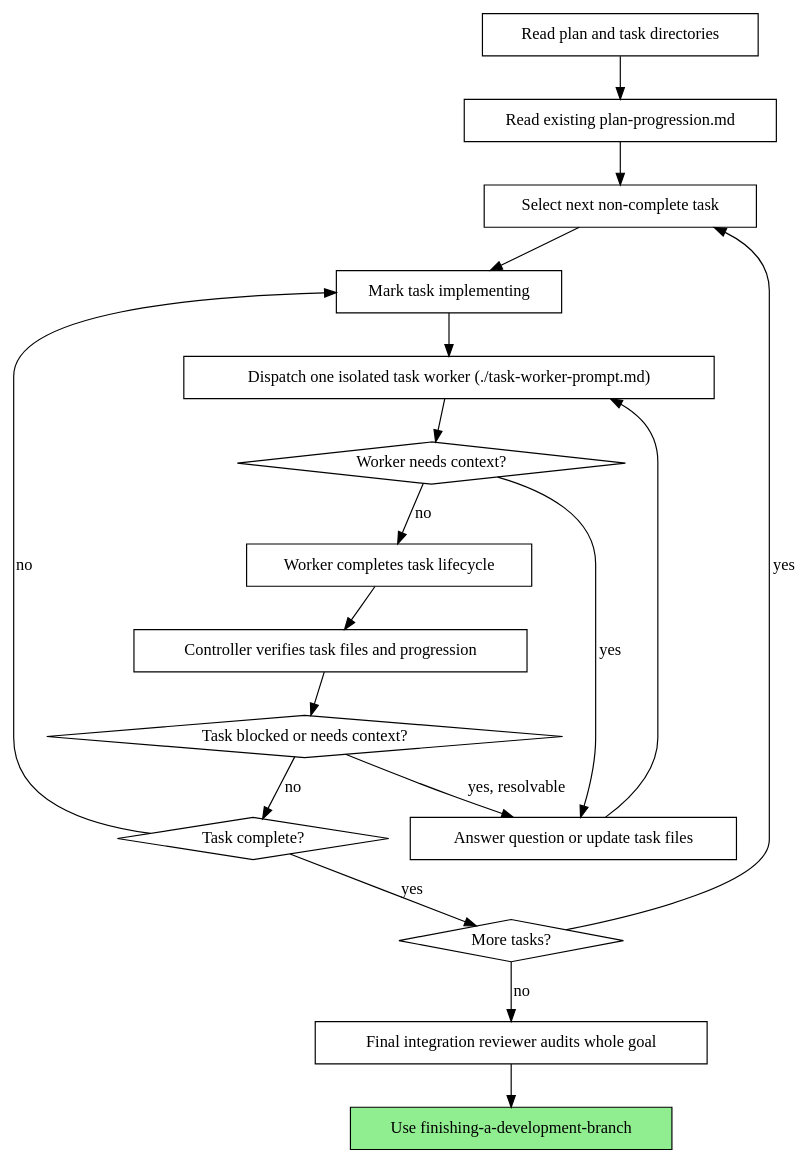
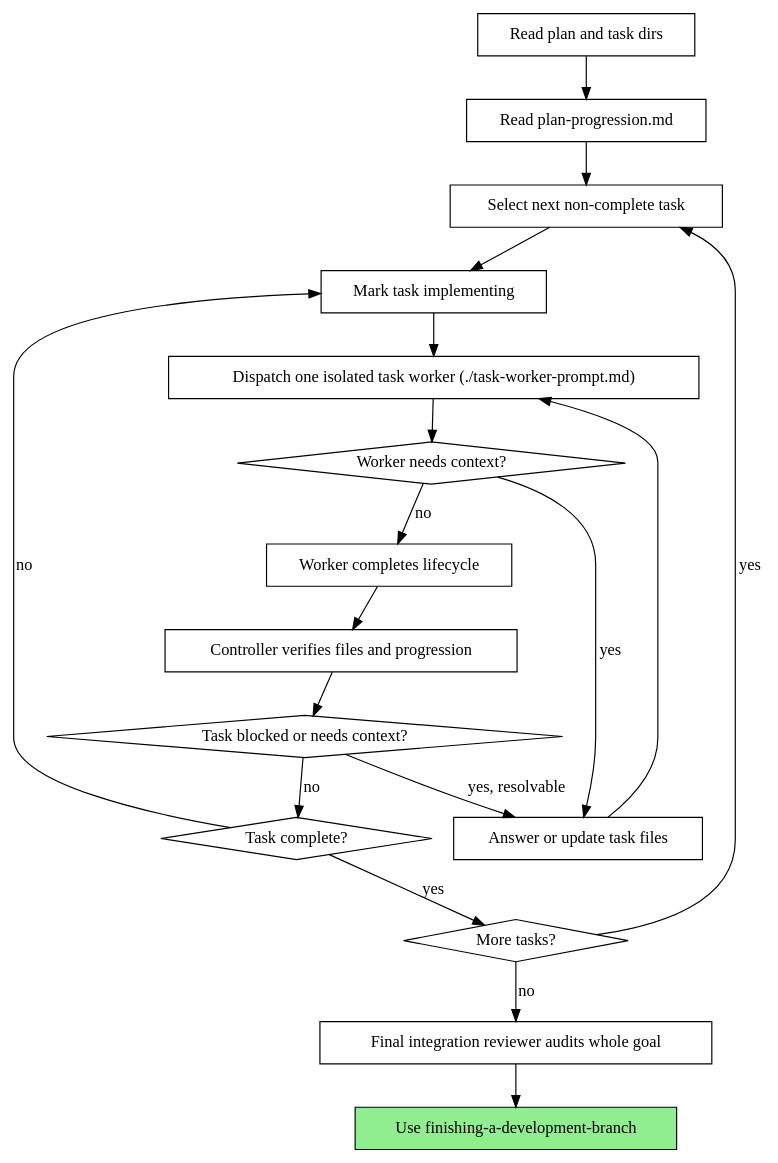
Before and after one commit to GoldeneyeZ/superfastpowers: the diagram in skills/goal-driven-development/SKILL.md, drawn with Graphviz. The commit also changed other lines of this file and 4 other files, not shown here.

````diff
--- a/skills/goal-driven-development/SKILL.md
+++ b/skills/goal-driven-development/SKILL.md
@@ -119,38 +119,38 @@
 ```dot
 digraph process {
     rankdir=TB;
 
-    "Read plan and task directories" [shape=box];
-    "Read existing plan-progression.md" [shape=box];
+    "Read plan and task dirs" [shape=box];
+    "Read plan-progression.md" [shape=box];
     "Select next non-complete task" [shape=box];
     "Mark task implementing" [shape=box];
     "Dispatch one isolated task worker (./task-worker-prompt.md)" [shape=box];
     "Worker needs context?" [shape=diamond];
-    "Answer question or update task files" [shape=box];
-    "Worker completes task lifecycle" [shape=box];
-    "Controller verifies task files and progression" [shape=box];
+    "Answer or update task files" [shape=box];
+    "Worker completes lifecycle" [shape=box];
+    "Controller verifies files and progression" [shape=box];
     "Task blocked or needs context?" [shape=diamond];
     "Task complete?" [shape=diamond];
     "More tasks?" [shape=diamond];
     "Final integration reviewer audits whole goal" [shape=box];
     "Use finishing-a-development-branch" [shape=box style=filled fillcolor=lightgreen];
 
-    "Read plan and task directories" -> "Read existing plan-progression.md";
-    "Read existing plan-progression.md" -> "Select next non-complete task";
+    "Read plan and task dirs" -> "Read plan-progression.md";
+    "Read plan-progression.md" -> "Select next non-complete task";
     "Select next non-complete task" -> "Mark task implementing";
     "Mark task implementing" -> "Dispatch one isolated task worker (./task-worker-prompt.md)";
     "Dispatch one isolated task worker (./task-worker-prompt.md)" -> "Worker needs context?";
-    "Worker needs context?" -> "Answer question or update task files" [label="yes"];
-    "Answer question or update task files" -> "Dispatch one isolated task worker (./task-worker-prompt.md)";
-    "Worker needs context?" -> "Worker completes task lifecycle" [label="no"];
-    "Worker completes task lifecycle" -> "Controller verifies task files and progression";
-    "Controller verifies task files and progression" -> "Task blocked or needs context?";
-    "Task blocked or needs context?" -> "Answer question or update task files" [label="yes, resolvable"];
+    "Worker needs context?" -> "Answer or update task files" [label="yes"];
+    "Answer or update task files" -> "Dispatch one isolated task worker (./task-worker-prompt.md)";
+    "Worker needs context?" -> "Worker completes lifecycle" [label="no"];
+    "Worker completes lifecycle" -> "Controller verifies files and progression";
+    "Controller verifies files and progression" -> "Task blocked or needs context?";
+    "Task blocked or needs context?" -> "Answer or update task files" [label="yes, resolvable"];
     "Task blocked or needs context?" -> "Task complete?" [label="no"];
     "Task complete?" -> "Mark task implementing" [label="no"];
     "Task complete?" -> "More tasks?" [label="yes"];
     "More tasks?" -> "Select next non-complete task" [label="yes"];
     "More tasks?" -> "Final integration reviewer audits whole goal" [label="no"];
     "Final integration reviewer audits whole goal" -> "Use finishing-a-development-branch";
 }
 ```
````
